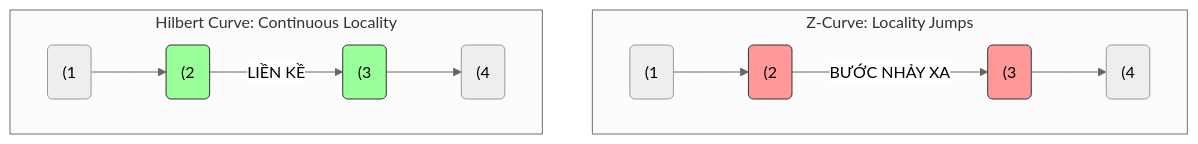
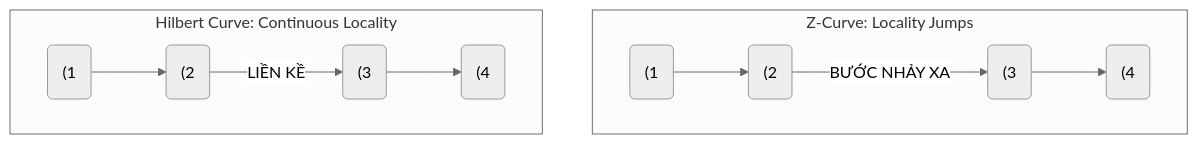
One commit to kythuatdulieu/kythuatdulieu.github.io changed the diagram in src/content/docs/concepts/3-storage-engines-formats/liquid-clustering-deep-dive.md. Above: the diagram before and after it, drawn with Mermaid (neutral theme). The commit also changed 682 other files, not shown here.

````diff
--- a/src/content/docs/concepts/3-storage-engines-formats/liquid-clustering-deep-dive.md
+++ b/src/content/docs/concepts/3-storage-engines-formats/liquid-clustering-deep-dive.md
@@ -30,20 +30,20 @@
 ```mermaid
 graph TD
     subgraph z_curve["Z-Curve: Locality Jumps"]
     direction LR
     Z1("(1") --> Z2("(2")
     Z2 -->|BƯỚC NHẢY XA| Z3("(3")
     Z3 --> Z4("(4")
-    style Z2 fill:#f99,stroke:#333
-    style Z3 fill:#f99,stroke:#333
+
+
     end
 
     subgraph hilbert["Hilbert Curve: Continuous Locality"]
     direction LR
     H1("(1") --> H2("(2")
     H2 -->|LIỀN KỀ| H3("(3")
     H3 --> H4("(4")
-    style H2 fill:#9f9,stroke:#333
-    style H3 fill:#9f9,stroke:#333
+
+
     end
 ```
````
